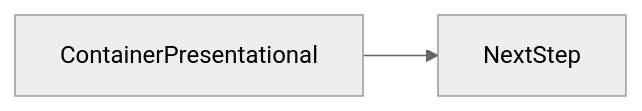
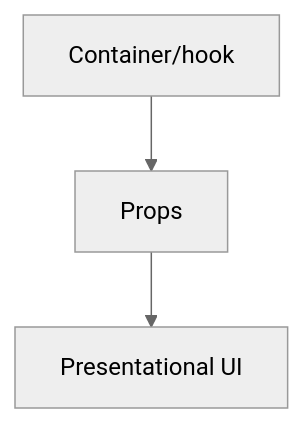
Before and after one commit to OmidJavaherii/Frontend-Engineering-Handbook: the second of 3 diagrams in docs/en/22-design-patterns/container-presentational/index.md, drawn with Mermaid (neutral theme). The commit also changed other lines of this file and 461 other files, not shown here.

````diff
--- a/docs/en/22-design-patterns/container-presentational/index.md
+++ b/docs/en/22-design-patterns/container-presentational/index.md
@@ -95,4 +119,5 @@
 ```mermaid
-flowchart LR
-  concept[ContainerPresentational] --> nextStep[NextStep]
+flowchart TD
+  n0[Container/hook] --> n1[Props]
+  n1[Props] --> n2[Presentational UI]
 ```
````
